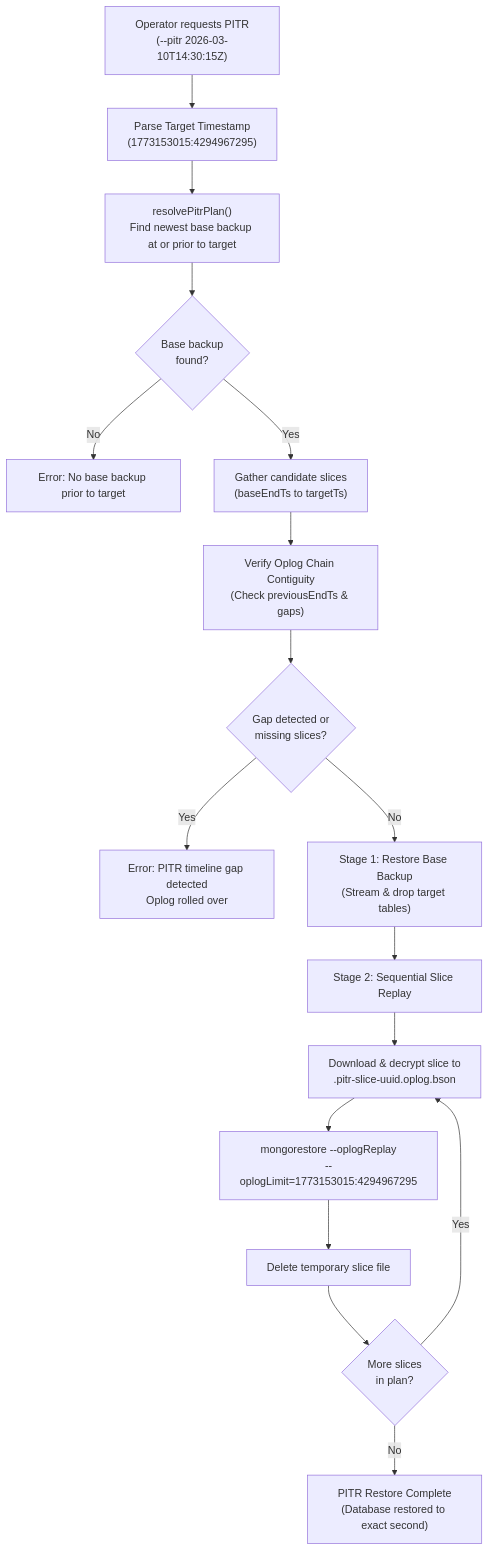
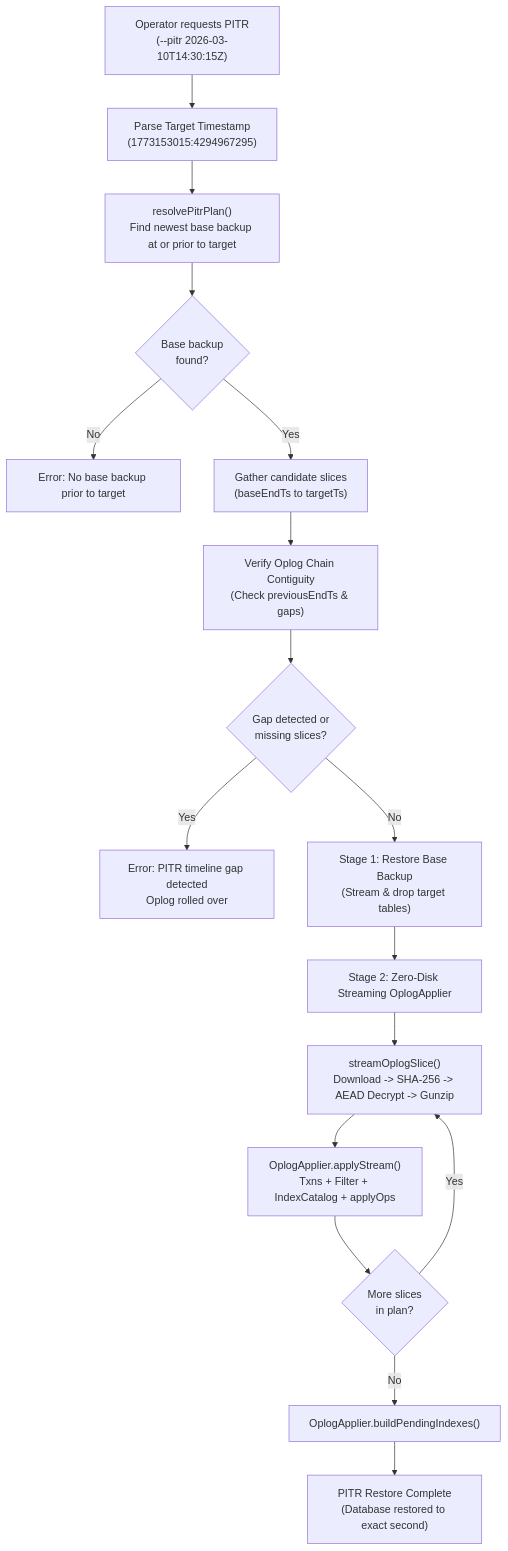
The tenth of 11 diagrams in README.md (bhatbazik/MongoVault), drawn with Mermaid before and after one commit. The commit also changed other lines of this file, not shown here.

Commit message:
docs: update documentation for zero-disk architecture, E2E tests, and sharded PITR

````diff
--- a/README.md
+++ b/README.md
@@ -1173,21 +1184,21 @@
 ```mermaid
 flowchart TD
     A["Operator requests PITR<br/>(--pitr 2026-03-10T14:30:15Z)"] --> B["Parse Target Timestamp<br/>(1773153015:4294967295)"]
     B --> C["resolvePitrPlan()<br/>Find newest base backup at or prior to target"]
     C --> D{"Base backup<br/>found?"}
     D -- No --> E["Error: No base backup prior to target"]
     D -- Yes --> F["Gather candidate slices<br/>(baseEndTs to targetTs)"]
 
     F --> G["Verify Oplog Chain Contiguity<br/>(Check previousEndTs & gaps)"]
     G --> H{"Gap detected or<br/>missing slices?"}
     H -- Yes --> I["Error: PITR timeline gap detected<br/>Oplog rolled over"]
     H -- No --> J["Stage 1: Restore Base Backup<br/>(Stream & drop target tables)"]
 
-    J --> K["Stage 2: Sequential Slice Replay"]
-    K --> L["Download & decrypt slice to<br/>.pitr-slice-uuid.oplog.bson"]
-    L --> M["mongorestore --oplogReplay<br/>--oplogLimit=1773153015:4294967295"]
-    M --> N["Delete temporary slice file"]
-    N --> O{"More slices<br/>in plan?"}
+    J --> K["Stage 2: Zero-Disk Streaming OplogApplier"]
+    K --> L["streamOplogSlice()<br/>Download -> SHA-256 -> AEAD Decrypt -> Gunzip"]
+    L --> M["OplogApplier.applyStream()<br/>Txns + Filter + IndexCatalog + applyOps"]
+    M --> O{"More slices<br/>in plan?"}
     O -- Yes --> L
-    O -- No --> P["PITR Restore Complete<br/>(Database restored to exact second)"]
+    O -- No --> N["OplogApplier.buildPendingIndexes()"]
+    N --> P["PITR Restore Complete<br/>(Database restored to exact second)"]
 ```
````
